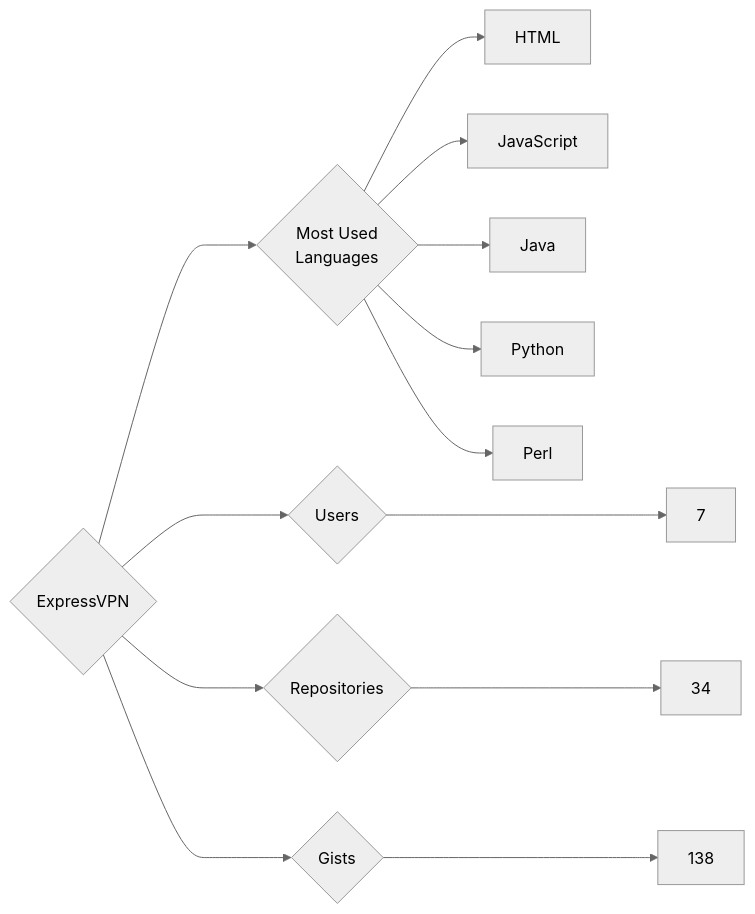
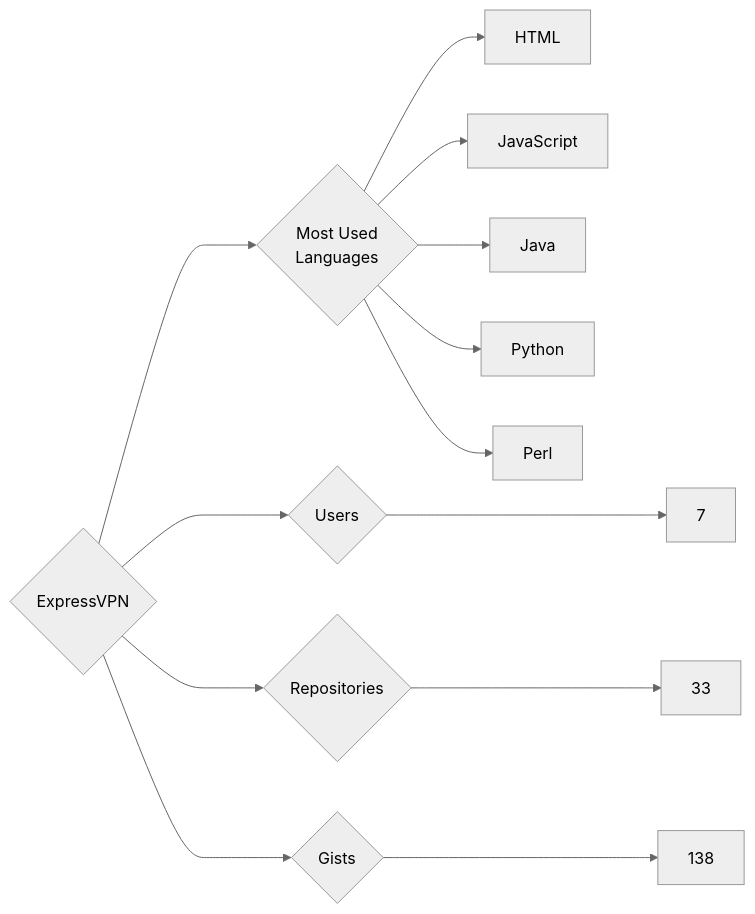
One commit to trickest/insiders changed the diagram in targets/ExpressVPN/README.md. Above: the diagram before and after it, drawn with Mermaid (neutral theme). The commit also changed 1007 other files, not shown here.

````diff
--- a/targets/ExpressVPN/README.md
+++ b/targets/ExpressVPN/README.md
@@ -3,13 +3,13 @@
 ```mermaid
 graph LR
 COMPANY_NAME{ExpressVPN}
 COMPANY_NAME ---> U{Users} ---> UN[7]
-COMPANY_NAME ---> R{Repositories} ---> RN[34]
+COMPANY_NAME ---> R{Repositories} ---> RN[33]
 COMPANY_NAME ---> G{Gists} ---> GN[138]
 COMPANY_NAME ---> ML{Most Used<br>Languages}
 ML --> HTML[HTML]
 ML --> JavaScript[JavaScript]
 ML --> Java[Java]
 ML --> Python[Python]
 ML --> Perl[Perl]
 ```
````
